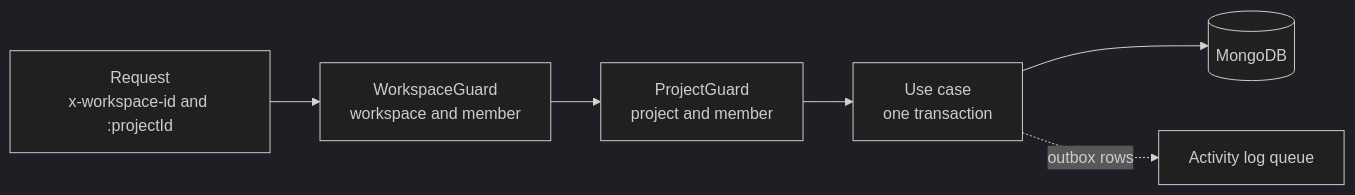
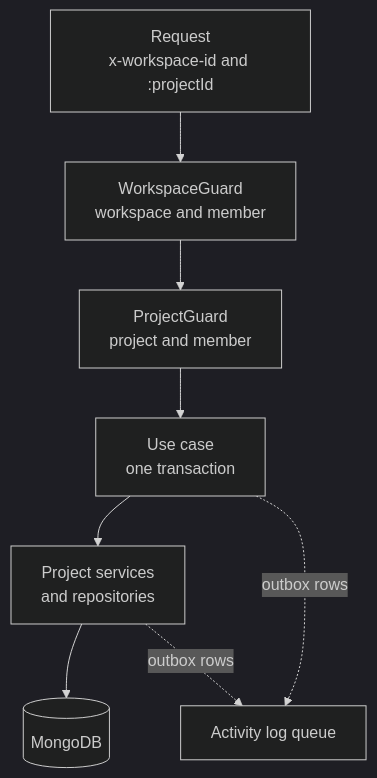
Before and after one commit to andrechristikan/ack-nestjs-boilerplate: the diagram in docs/concepts/project.md, drawn with Mermaid (dark theme). The commit also changed other lines of this file and 35 other files, not shown here.

Commit message:
docs: draw every diagram top to bottom and match each to its page

````diff
--- a/docs/concepts/project.md
+++ b/docs/concepts/project.md
@@ -35,8 +37,10 @@
 ```mermaid
-flowchart LR
+flowchart TB
     RQ["Request<br/>x-workspace-id and :projectId"] --> WG["WorkspaceGuard<br/>workspace and member"]
     WG --> PG["ProjectGuard<br/>project and member"]
     PG --> UC["Use case<br/>one transaction"]
-    UC --> DB[("MongoDB")]
+    UC --> SV["Project services<br/>and repositories"]
+    SV --> DB[("MongoDB")]
     UC -.->|outbox rows| AQ["Activity log queue"]
+    SV -.->|outbox rows| AQ
 ```
````
